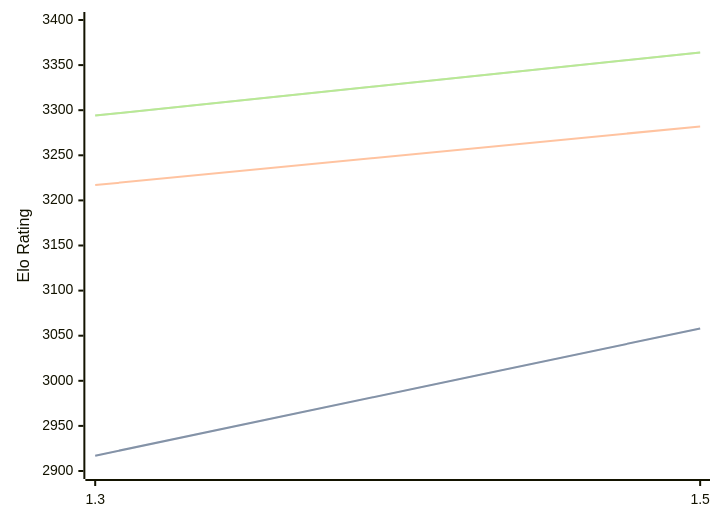
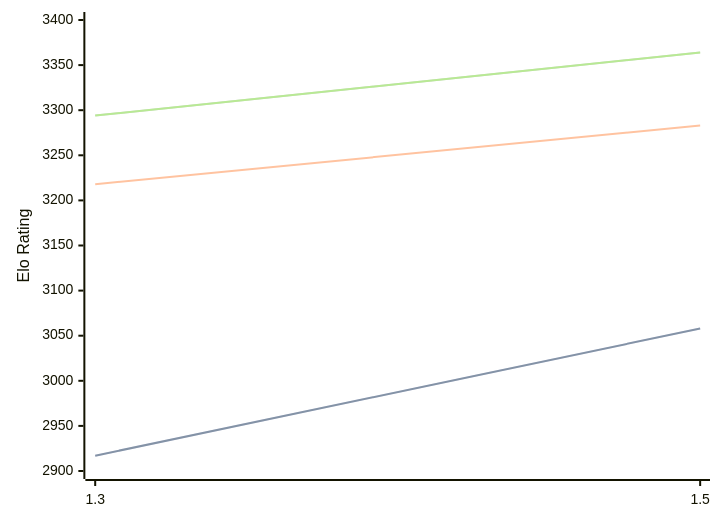
Before and after one commit to computer-chess-index/cci: the diagram in engines/Lambergar.md, drawn with Mermaid. The commit also changed other lines of this file, not shown here.

````diff
--- a/engines/Lambergar.md
+++ b/engines/Lambergar.md
@@ -32,11 +32,11 @@
 ```mermaid
 %%{init: {"theme":"base","themeVariables":{"seriesColors:['#a3a3a3','#222221','#faa371']}}}%%
 xychart-beta
   x-axis ["1.3", "1.5"]
   y-axis "Elo Rating" 2900 --> 3400
   line "" [2917, 3058]
   line "STC (8.0+0.08s)" [2917, 3058]
-  line "LTC (60.0+0.60s)" [3217, 3282]
+  line "LTC (60.0+0.60s)" [3218, 3283]
   line "" [3294, 3364]
   line "VLTC (2m24s+1.12s)" [3294, 3364]
 ```
````
